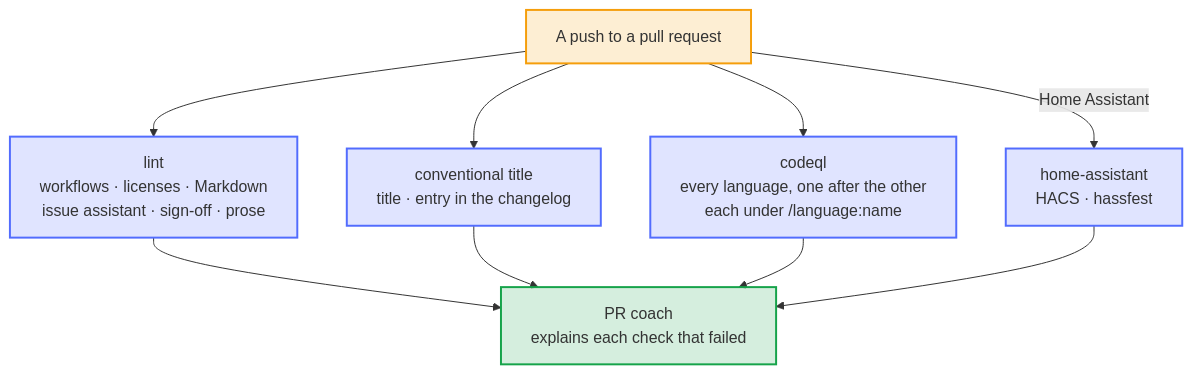
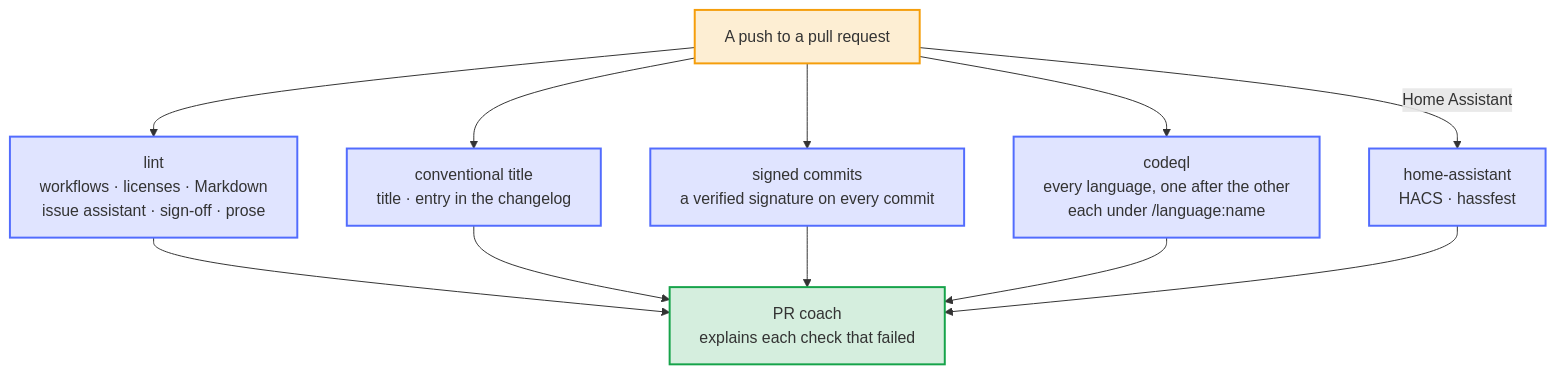
The diagram in docs/diagrams/the-jobs-of-a-pull-request.mmd (Dennis-Otto/repo-blueprint), drawn with Mermaid before and after one commit. The commit also changed 36 other files, not shown here.

First line of the commit message:
feat: check unsigned commits and tell the contributor how to sign them

```diff
--- a/docs/diagrams/the-jobs-of-a-pull-request.mmd
+++ b/docs/diagrams/the-jobs-of-a-pull-request.mmd
@@ -1,31 +1,34 @@
 ---
 config:
   flowchart:
     wrappingWidth: 400
 ---
 flowchart TB
     accTitle: The jobs of a pull request
-    accDescr: Each job of a push waits for a runner of its own, and the account runs about 20 jobs at once. So the quick checks share their jobs: lint runs every linter, the title job checks the title and the entry in the changelog, codeql analyzes every language under the category of its alerts, and home-assistant runs HACS and hassfest. Each step runs also when one before it failed, and the PR coach explains each check of a job that failed.
+    accDescr: Each job of a push waits for a runner of its own, and the account runs about 20 jobs at once. So the quick checks share their jobs: lint runs every linter, the title job checks the title and the entry in the changelog, codeql analyzes every language under the category of its alerts, and home-assistant runs HACS and hassfest. signed commits stands apart, outside the required checks, as GitHub's own rule blocks the merge already. Each step runs also when one before it failed, and the PR coach explains each check of a job that failed.
 
     push["A push to a pull request"]
     lint["lint<br>workflows · licenses · Markdown<br>issue assistant · sign-off · prose"]
     title["conventional title<br>title · entry in the changelog"]
+    signed["signed commits<br>a verified signature on every commit"]
     codeql["codeql<br>every language, one after the other<br>each under /language:name"]
     ha["home-assistant<br>HACS · hassfest"]
     coach["PR coach<br>explains each check that failed"]
 
     push --> lint
     push --> title
+    push --> signed
     push --> codeql
     push -- "Home Assistant" --> ha
     lint --> coach
     title --> coach
+    signed --> coach
     codeql --> coach
     ha --> coach
 
     classDef bot fill:#526cfe2e,stroke:#526cfe,stroke-width:2px
     classDef person fill:#f59e0b2e,stroke:#f59e0b,stroke-width:2px
     classDef done fill:#16a34a2e,stroke:#16a34a,stroke-width:2px
     class push person
-    class lint,title,codeql,ha bot
+    class lint,title,signed,codeql,ha bot
     class coach done
```
